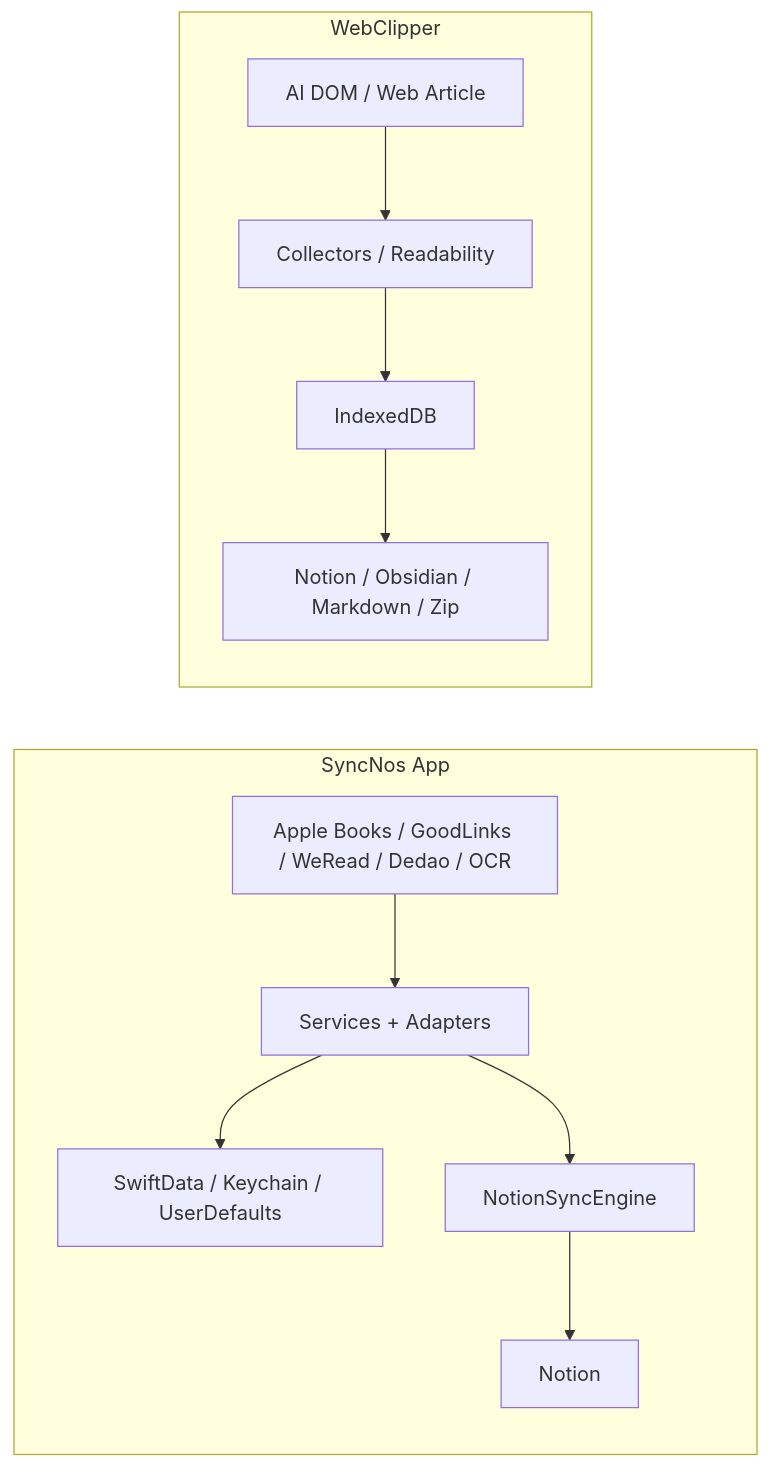
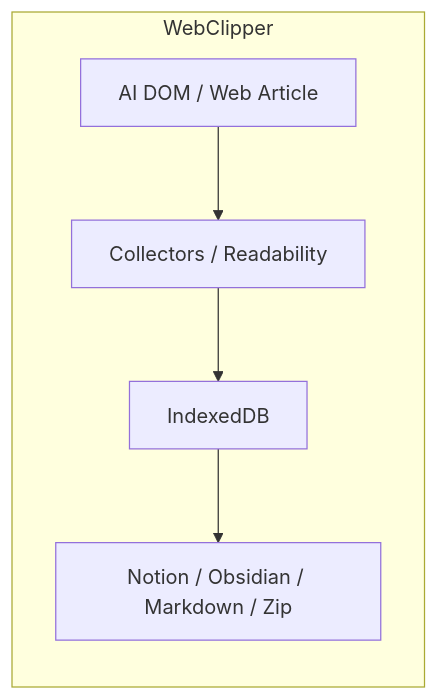
One commit to chiimagnus/SyncNos changed the diagram in .github/deepwiki/data-flow.md. Above: the diagram before and after it, drawn with Mermaid. The commit also changed other lines of this file and 13 other files, not shown here.

````diff
--- a/.github/deepwiki/data-flow.md
+++ b/.github/deepwiki/data-flow.md
@@ -96,15 +82,8 @@
 ```mermaid
 flowchart LR
-  subgraph App[SyncNos App]
-    A[Apple Books / GoodLinks / WeRead / Dedao / OCR] --> B[Services + Adapters]
-    B --> C[SwiftData / Keychain / UserDefaults]
-    B --> D[NotionSyncEngine]
-    D --> N[Notion]
-  end
-
   subgraph Ext[WebClipper]
     E[AI DOM / Web Article] --> F[Collectors / Readability]
     F --> G[IndexedDB]
     G --> H[Notion / Obsidian / Markdown / Zip]
   end
 ```
````
